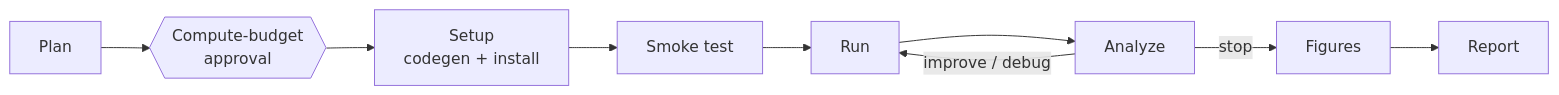
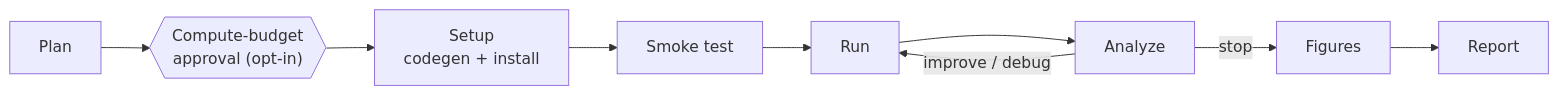
One commit to ZJU-REAL/Polaris changed the diagram in docs/experiments.md. Above: the diagram before and after it, drawn with Mermaid. The commit also changed other lines of this file and 127 other files, not shown here.

Commit message:
docs: align documentation with the current architecture (#732) (#735)

````diff
--- a/docs/experiments.md
+++ b/docs/experiments.md
@@ -38,11 +38,11 @@
 ```mermaid
 flowchart LR
-    P["Plan"] --> G{{"Compute-budget<br/>approval"}}
+    P["Plan"] --> G{{"Compute-budget<br/>approval (opt-in)"}}
     G --> S["Setup<br/>codegen + install"]
     S --> K["Smoke test"]
     K --> R["Run"]
     R --> A["Analyze"]
     A -->|improve / debug| R
     A -->|stop| F["Figures"]
     F --> T["Report"]
 ```
````
